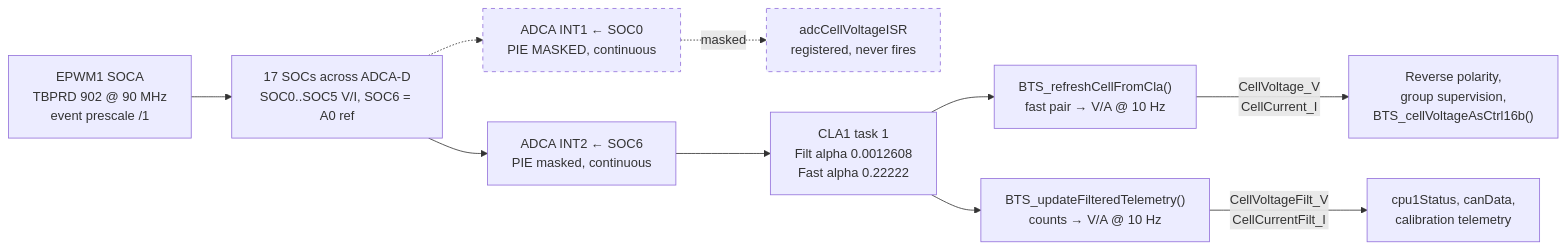
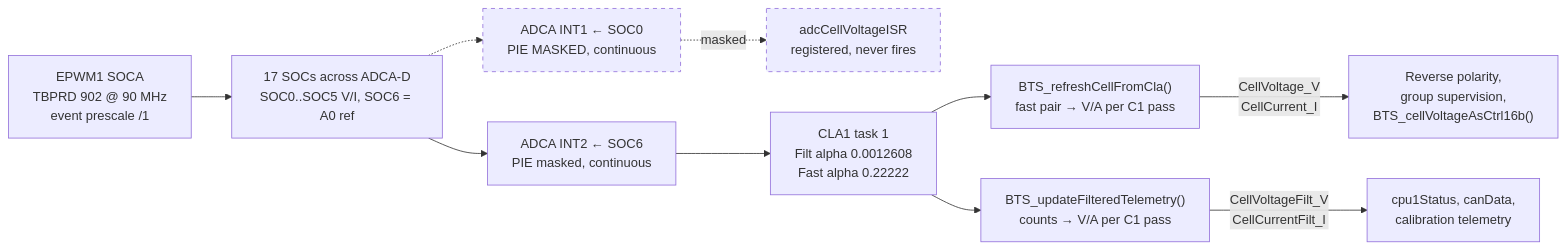
One commit to ArakniD/Lion-IRVT changed the fourth of 11 diagrams in Hardware/source/Docs/data-flow.md. Above: the diagram before and after it, drawn with Mermaid. The commit also changed other lines of this file and 8 other files, not shown here.

First line of the commit message:
C2000: ADS131M08 CLKIN in spec, filtered loop inputs, smoothed Vin; data-flow docs

````diff
--- a/Hardware/source/Docs/data-flow.md
+++ b/Hardware/source/Docs/data-flow.md
@@ -176,25 +324,25 @@
 ```mermaid
 flowchart LR
     SOC["EPWM1 SOCA<br/>TBPRD 902 @ 90 MHz<br/>event prescale /1"]
     SWEEP["17 SOCs across ADCA-D<br/>SOC0..SOC5 V/I, SOC6 = A0 ref"]
     I1["ADCA INT1 ← SOC0<br/>PIE MASKED, continuous"]
     I2["ADCA INT2 ← SOC6<br/>PIE masked, continuous"]
     ISR["adcCellVoltageISR<br/>registered, never fires"]
     CLA1["CLA1 task 1<br/>Filt alpha 0.0012608<br/>Fast alpha 0.22222"]
-    FAST["BTS_refreshCellFromCla()<br/>fast pair → V/A @ 10 Hz"]
-    UPD["BTS_updateFilteredTelemetry()<br/>counts → V/A @ 10 Hz"]
+    FAST["BTS_refreshCellFromCla()<br/>fast pair → V/A per C1 pass"]
+    UPD["BTS_updateFilteredTelemetry()<br/>counts → V/A per C1 pass"]
     SAFE["Reverse polarity,<br/>group supervision,<br/>BTS_cellVoltageAsCtrl16b()"]
     TEL["cpu1Status, canData,<br/>calibration telemetry"]
 
     SOC --> SWEEP
     SWEEP -.-> I1
     I1 -.->|"masked"| ISR
     SWEEP --> I2 --> CLA1
     CLA1 --> FAST
     CLA1 --> UPD
     FAST -->|"CellVoltage_V<br/>CellCurrent_I"| SAFE
     UPD -->|"CellVoltageFilt_V<br/>CellCurrentFilt_I"| TEL
 
     style ISR stroke-dasharray: 5 5
     style I1 stroke-dasharray: 5 5
 ```
````
